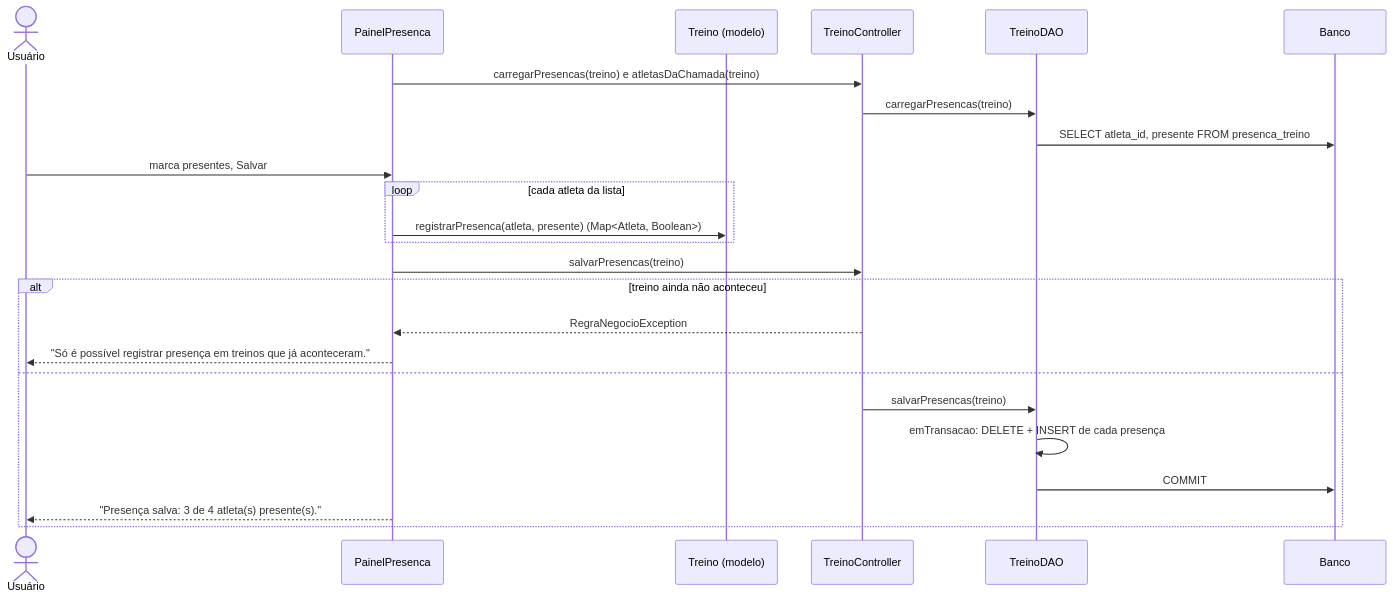
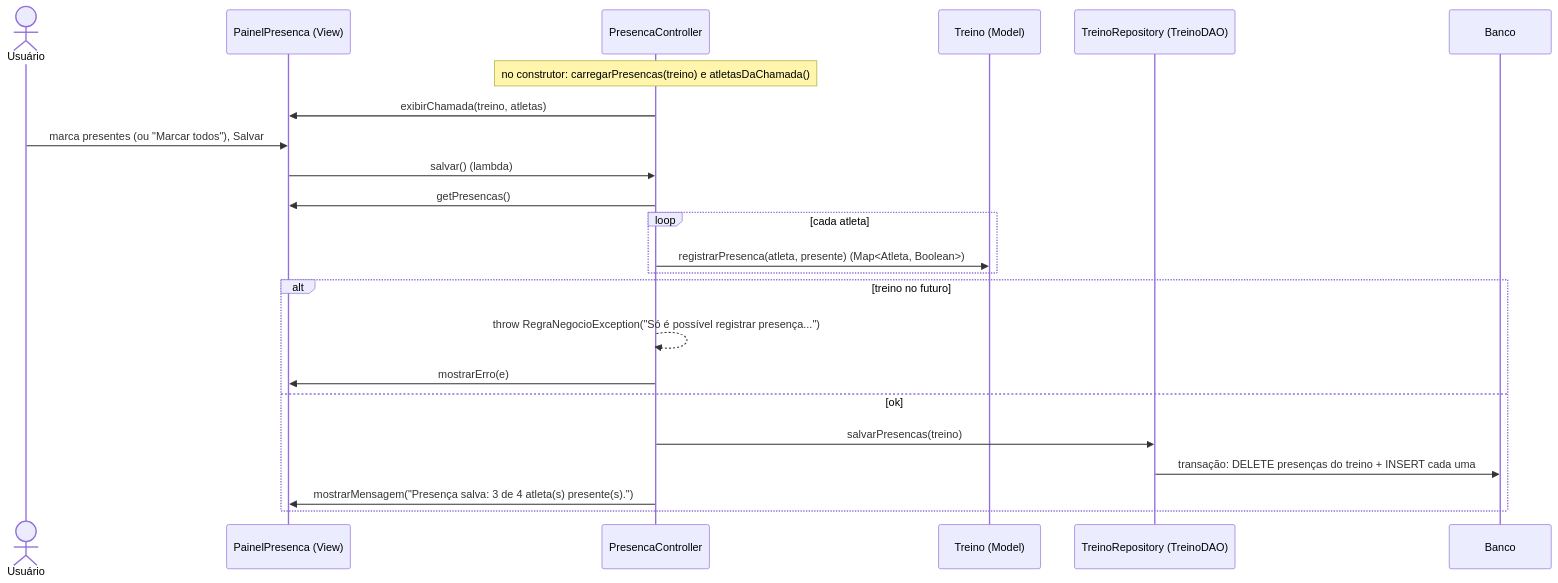
One commit to mheloisawitt/Athletiza changed diagram 11 of 13 in docs/diagramas/sequencia.md. Above: the diagram before and after it, drawn with Mermaid. The commit also changed other lines of this file and 196 other files, not shown here.

````diff
--- a/docs/diagramas/sequencia.md
+++ b/docs/diagramas/sequencia.md
@@ -327,27 +371,26 @@
 ```mermaid
 sequenceDiagram
     actor U as Usuário
-    participant V as PainelPresenca
-    participant M as Treino (modelo)
-    participant C as TreinoController
-    participant D as TreinoDAO
+    participant V as PainelPresenca (View)
+    participant C as PresencaController
+    participant M as Treino (Model)
+    participant R as TreinoRepository (TreinoDAO)
     participant B as Banco
 
-    V->>C: carregarPresencas(treino) e atletasDaChamada(treino)
-    C->>D: carregarPresencas(treino)
-    D->>B: SELECT atleta_id, presente FROM presenca_treino
-    U->>V: marca presentes, Salvar
-    loop cada atleta da lista
-        V->>M: registrarPresenca(atleta, presente) (Map<Atleta, Boolean>)
+    Note over C: no construtor: carregarPresencas(treino) e atletasDaChamada()
+    C->>V: exibirChamada(treino, atletas)
+    U->>V: marca presentes (ou "Marcar todos"), Salvar
+    V->>C: salvar() (lambda)
+    C->>V: getPresencas()
+    loop cada atleta
+        C->>M: registrarPresenca(atleta, presente) (Map<Atleta, Boolean>)
     end
-    V->>C: salvarPresencas(treino)
-    alt treino ainda não aconteceu
-        C-->>V: RegraNegocioException
-        V-->>U: "Só é possível registrar presença em treinos que já aconteceram."
-    else
-        C->>D: salvarPresencas(treino)
-        D->>D: emTransacao: DELETE + INSERT de cada presença
-        D->>B: COMMIT
-        V-->>U: "Presença salva: 3 de 4 atleta(s) presente(s)."
+    alt treino no futuro
+        C-->>C: throw RegraNegocioException("Só é possível registrar presença...")
+        C->>V: mostrarErro(e)
+    else ok
+        C->>R: salvarPresencas(treino)
+        R->>B: transação: DELETE presenças do treino + INSERT cada uma
+        C->>V: mostrarMensagem("Presença salva: 3 de 4 atleta(s) presente(s).")
     end
 ```
````
